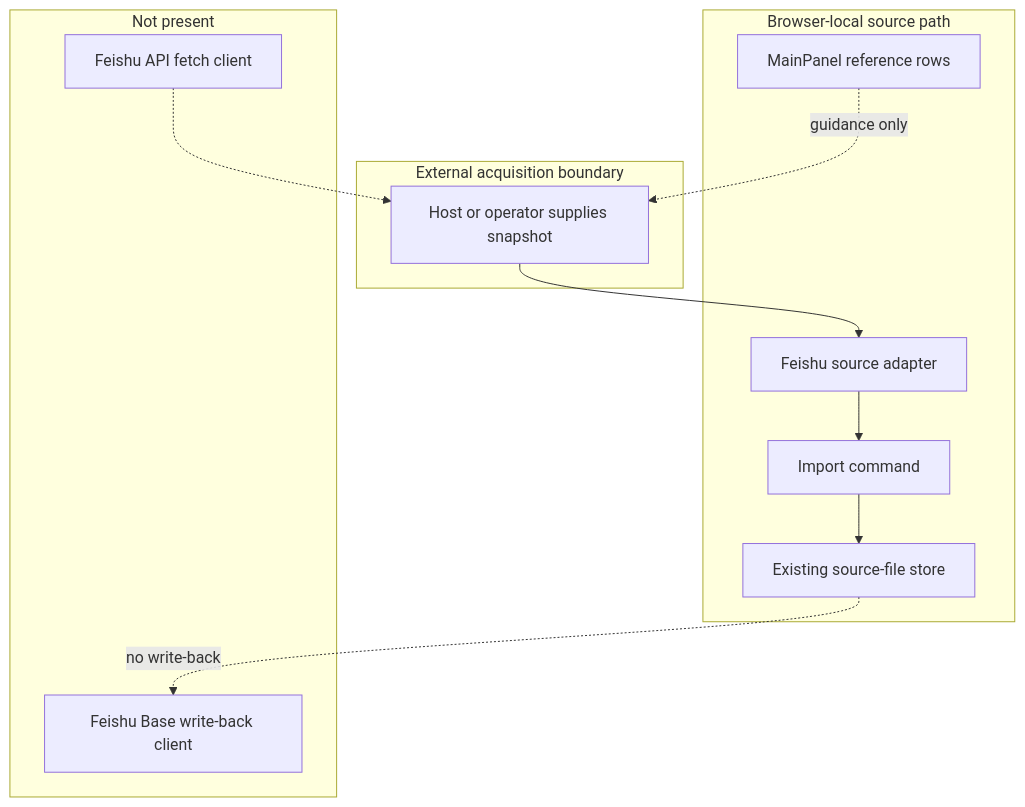
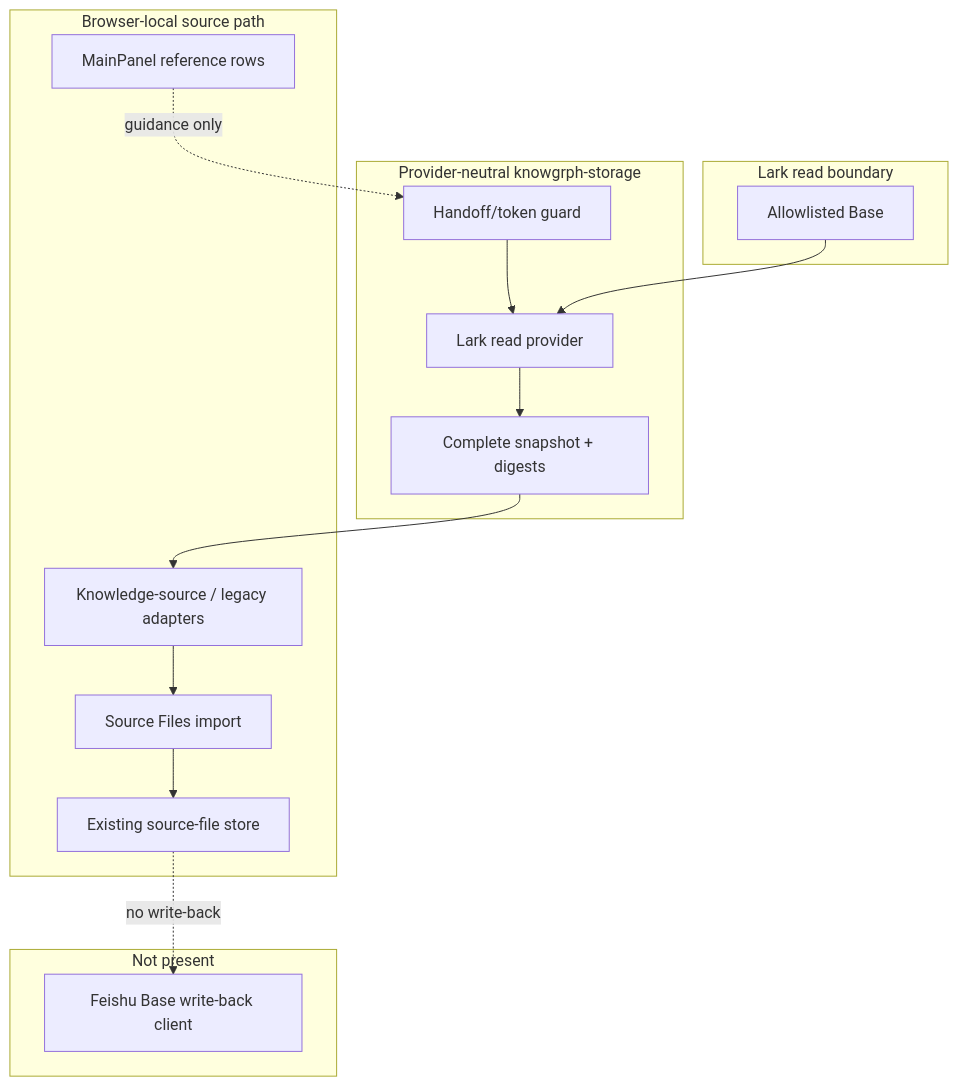
The second of 2 diagrams in docs/documents/knowgrph-mcp/knowgrph-feishu-base-mcp-prd-tad.md (huijoohwee/agentic-graph), drawn with Mermaid before and after one commit. The commit also changed other lines of this file and 30 other files, not shown here.

Commit message:
feat(storage): add read-only Lark knowledge ingestion

````diff
--- a/docs/documents/knowgrph-mcp/knowgrph-feishu-base-mcp-prd-tad.md
+++ b/docs/documents/knowgrph-mcp/knowgrph-feishu-base-mcp-prd-tad.md
@@ -189,20 +295,25 @@
 ```mermaid
 flowchart TB
-    subgraph External["External acquisition boundary"]
-      X["Host or operator supplies snapshot"]
+    subgraph External["Lark read boundary"]
+      X["Allowlisted Base"]
+    end
+    subgraph Server["Provider-neutral knowgrph-storage"]
+      H["Handoff/token guard"]
+      P["Lark read provider"]
+      N["Complete snapshot + digests"]
     end
     subgraph Browser["Browser-local source path"]
       R["MainPanel reference rows"]
-      A["Feishu source adapter"]
-      C["Import command"]
+      A["Knowledge-source / legacy adapters"]
+      C["Source Files import"]
       S["Existing source-file store"]
     end
     subgraph Absent["Not present"]
-      F["Feishu API fetch client"]
       W["Feishu Base write-back client"]
     end
-    X --> A --> C --> S
-    R -. "guidance only" .-> X
-    F -.-> X
+    X --> P --> N
+    H --> P
+    N --> A --> C --> S
+    R -. "guidance only" .-> H
     S -. "no write-back" .-> W
 ```
````
